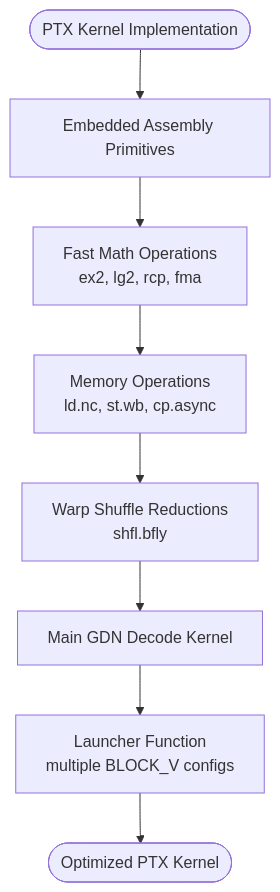
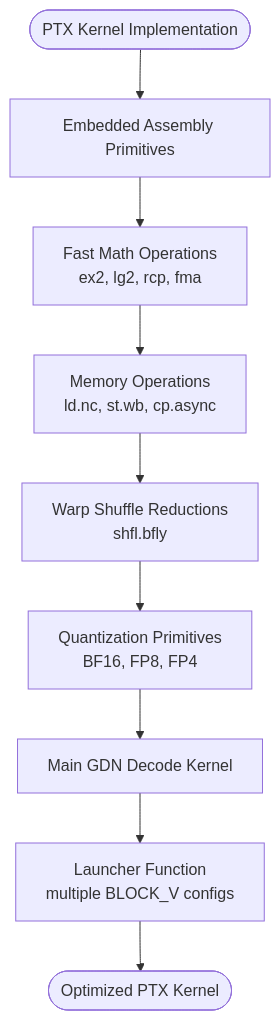
The eighth of 17 diagrams in .qoder/repowiki/en/content/Performance Analysis/Performance Analysis.md (gugudeshubao/flashinfer-bench-tma-thrust), drawn with Mermaid before and after one commit. The commit also changed other lines of this file and 5 other files, not shown here.

First line of the commit message:
Add TMA primitives to PTX prefill kernel

````diff
--- a/.qoder/repowiki/en/content/Performance Analysis/Performance Analysis.md
+++ b/.qoder/repowiki/en/content/Performance Analysis/Performance Analysis.md
@@ -502,10 +611,11 @@
 ```mermaid
 flowchart TD
 Start(["PTX Kernel Implementation"]) --> Assembly["Embedded Assembly Primitives"]
 Assembly --> MathOps["Fast Math Operations<br/>ex2, lg2, rcp, fma"]
 MathOps --> MemOps["Memory Operations<br/>ld.nc, st.wb, cp.async"]
 MemOps --> Reduce["Warp Shuffle Reductions<br/>shfl.bfly"]
-Reduce --> Kernel["Main GDN Decode Kernel"]
+Reduce --> Quant["Quantization Primitives<br/>BF16, FP8, FP4"]
+Quant --> Kernel["Main GDN Decode Kernel"]
 Kernel --> Launch["Launcher Function<br/>multiple BLOCK_V configs"]
 Launch --> End(["Optimized PTX Kernel"])
 ```
````
